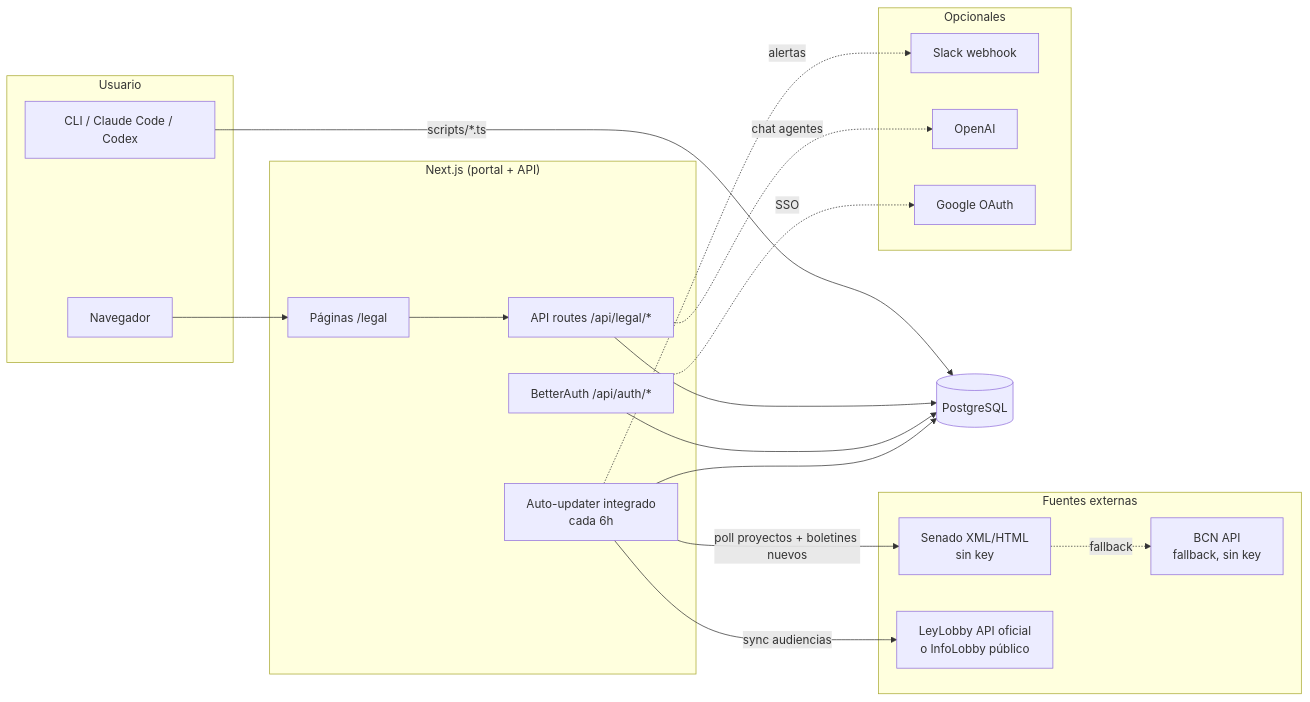
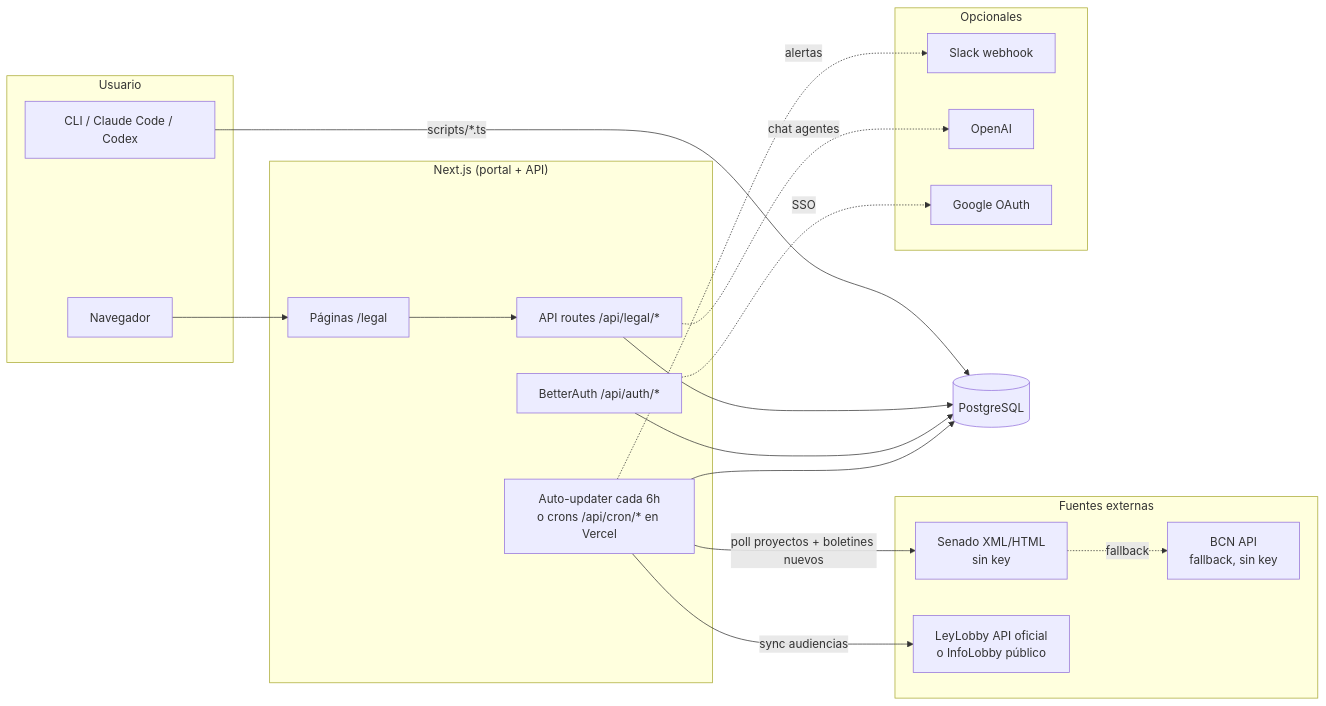
Before and after one commit to raimundo-hp67/Radar-legislativo: the first of 2 diagrams in ARCHITECTURE.md, drawn with Mermaid. The commit also changed other lines of this file and 20 other files, not shown here.

First line of the commit message:
Restaurar la vía de deploy propio (Vercel + Neon) como opción por usuario

````diff
--- a/ARCHITECTURE.md
+++ b/ARCHITECTURE.md
@@ -12,40 +12,41 @@
 ```mermaid
 flowchart LR
     subgraph Usuario
         B[Navegador]
         CLI[CLI / Claude Code / Codex]
     end
 
     subgraph App["Next.js (portal + API)"]
         UI[Páginas /legal]
         API[API routes /api/legal/*]
-        UPD[Auto-updater integrado<br/>cada 6h]
+        UPD[Auto-updater cada 6h<br/>o crons /api/cron/* en Vercel]
         AUTH[BetterAuth /api/auth/*]
     end
 
     DB[(PostgreSQL)]
 
     subgraph Externas["Fuentes externas"]
         SEN[Senado XML/HTML<br/>sin key]
         BCN[BCN API<br/>fallback, sin key]
         LOBBY[LeyLobby API oficial<br/>o InfoLobby público]
     end
 
     subgraph Opcionales
         SLACK[Slack webhook]
         OAI[OpenAI]
         GOOG[Google OAuth]
     end
 
     B --> UI --> API
     CLI -->|scripts/*.ts| DB
     API --> DB
     AUTH --> DB
     AUTH -.SSO.-> GOOG
     UPD -->|poll proyectos + boletines nuevos| SEN
     SEN -.fallback.-> BCN
     UPD -->|sync audiencias| LOBBY
     UPD --> DB
     UPD -.alertas.-> SLACK
+%% en un deploy en Vercel, UPD son los crons de vercel.json
     API -.chat agentes.-> OAI
 ```
````
